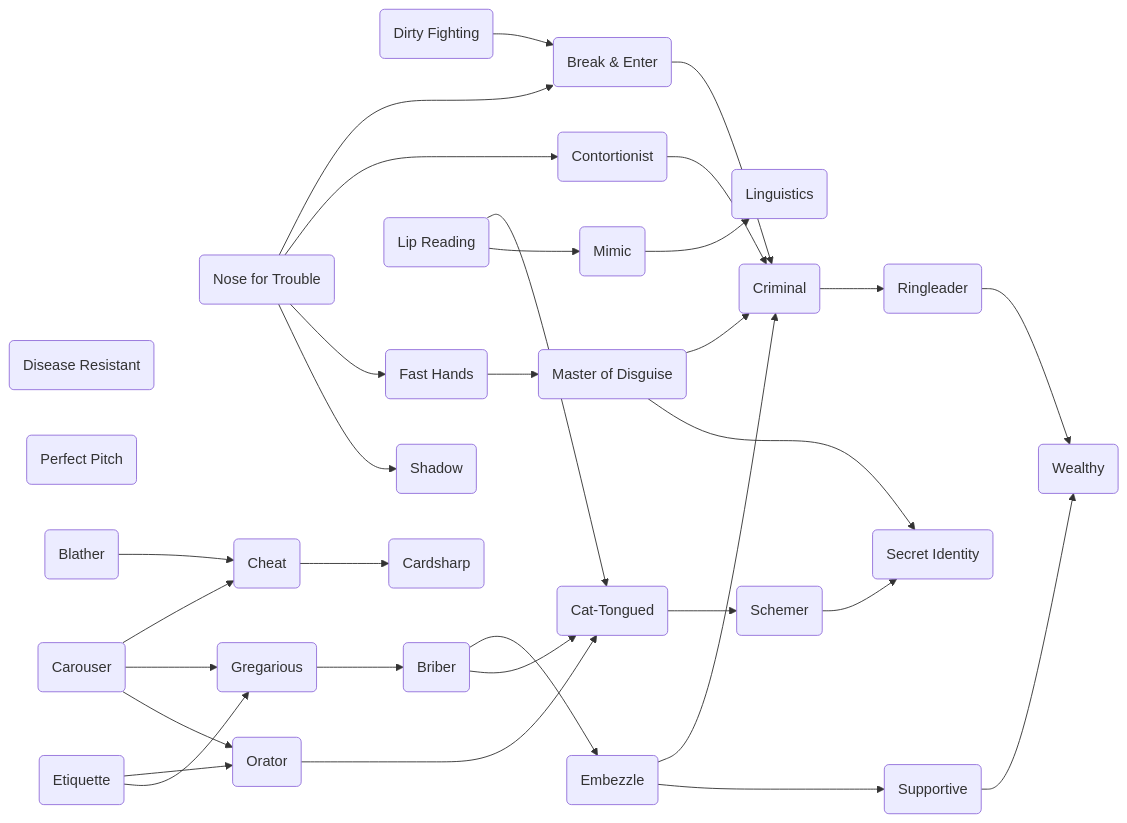
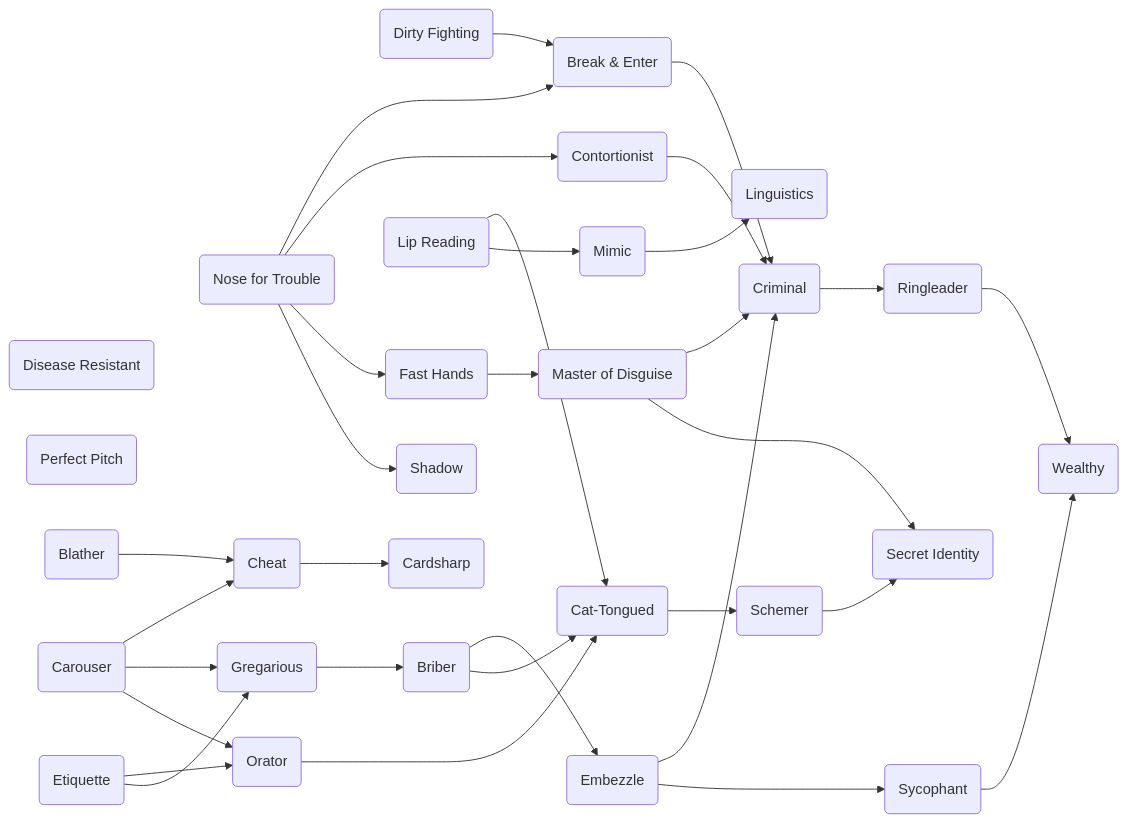
One commit to donutrj/verdigris2 changed the third of 4 diagrams in content/Characters/Talents/Talent Trees.md. Above: the diagram before and after it, drawn with Mermaid. The commit also changed other lines of this file and 8 other files, not shown here.

````diff
--- a/content/Characters/Talents/Talent Trees.md
+++ b/content/Characters/Talents/Talent Trees.md
@@ -102,67 +104,67 @@
 ``` mermaid
 graph LR
 
 A(Dirty Fighting)
 B(Break & Enter)
 C(Nose for Trouble)
 D(Contortionist)
 E(Disease Resistant)
 F(Fast Hands)
 G(Perfect Pitch)
 H(Shadow)
 I(Master of Disguise)
 J(Criminal)
 K(Ringleader)
 L(Wealthy)
 M(Carouser)
 N(Blather)
 O(Etiquette)
 P(Lip Reading)
 Q(Cheat)
 R(Gregarious)
 S(Orator)
 T(Mimic)
 U(Linguistics)
 V(Cardsharp)
 W(Briber)
 X(Cat-Tongued)
 Y(Embezzle)
 Z(Schemer)
 AA(Secret Identity)
-AB(Supportive)
+AB(Sycophant)
 
 E
 G
 A --> B
 C --> B
 C --> D
 C --> F
 C --> H
 F --> I
 I --> J
 J --> K
 K --> L
 B --> J
 D --> J
 M --> Q
 M --> R
 M --> S
 N --> Q
 O --> S
 O --> R
 Q --> V
 R --> W
 W --> Y
 W --> X
 S --> X
 P --> X
 P --> T
 T --> U
 I --> AA
 Z --> AA
 Y --> J
 X --> Z
 Y --> AB
 AB --> L
 
 ```
````
